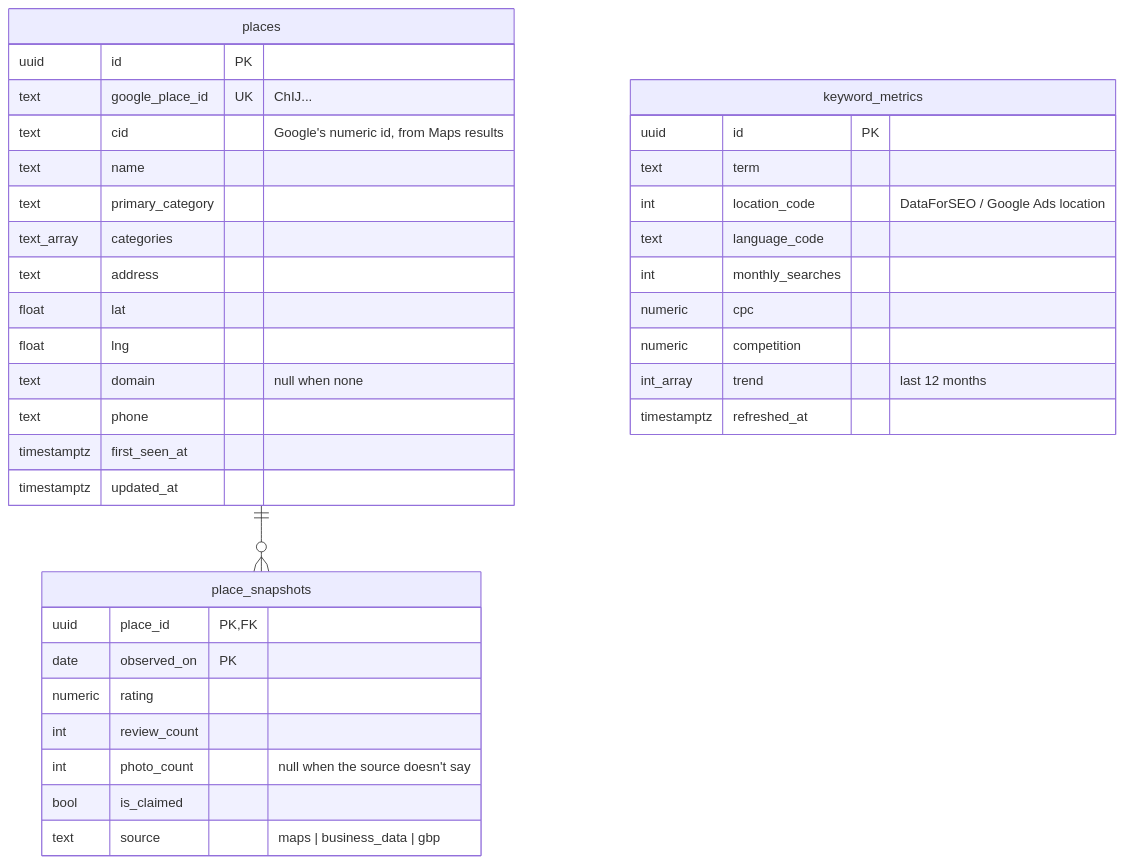
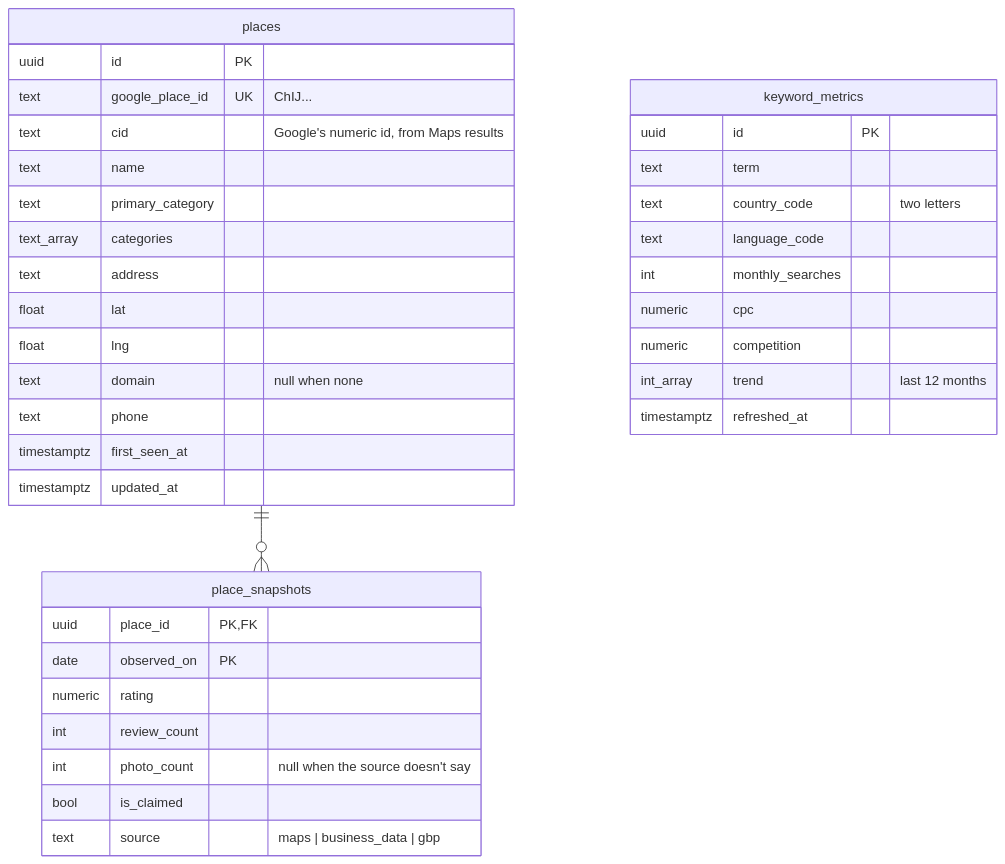
The second of 9 diagrams in docs/features/seo/data-model.md (azizali/openmarko), drawn with Mermaid before and after one commit. The commit also changed other lines of this file and 54 other files, not shown here.

````diff
--- a/docs/features/seo/data-model.md
+++ b/docs/features/seo/data-model.md
@@ -76,40 +87,40 @@
 ```mermaid
 erDiagram
     places ||--o{ place_snapshots : ""
 
     places {
         uuid id PK
         text google_place_id UK "ChIJ..."
         text cid "Google's numeric id, from Maps results"
         text name
         text primary_category
         text_array categories
         text address
         float lat
         float lng
         text domain "null when none"
         text phone
         timestamptz first_seen_at
         timestamptz updated_at
     }
     place_snapshots {
         uuid place_id PK,FK
         date observed_on PK
         numeric rating
         int review_count
         int photo_count "null when the source doesn't say"
         bool is_claimed
         text source "maps | business_data | gbp"
     }
     keyword_metrics {
         uuid id PK
         text term
-        int location_code "DataForSEO / Google Ads location"
+        text country_code "two letters"
         text language_code
         int monthly_searches
         numeric cpc
         numeric competition
         int_array trend "last 12 months"
         timestamptz refreshed_at
     }
 ```
````
